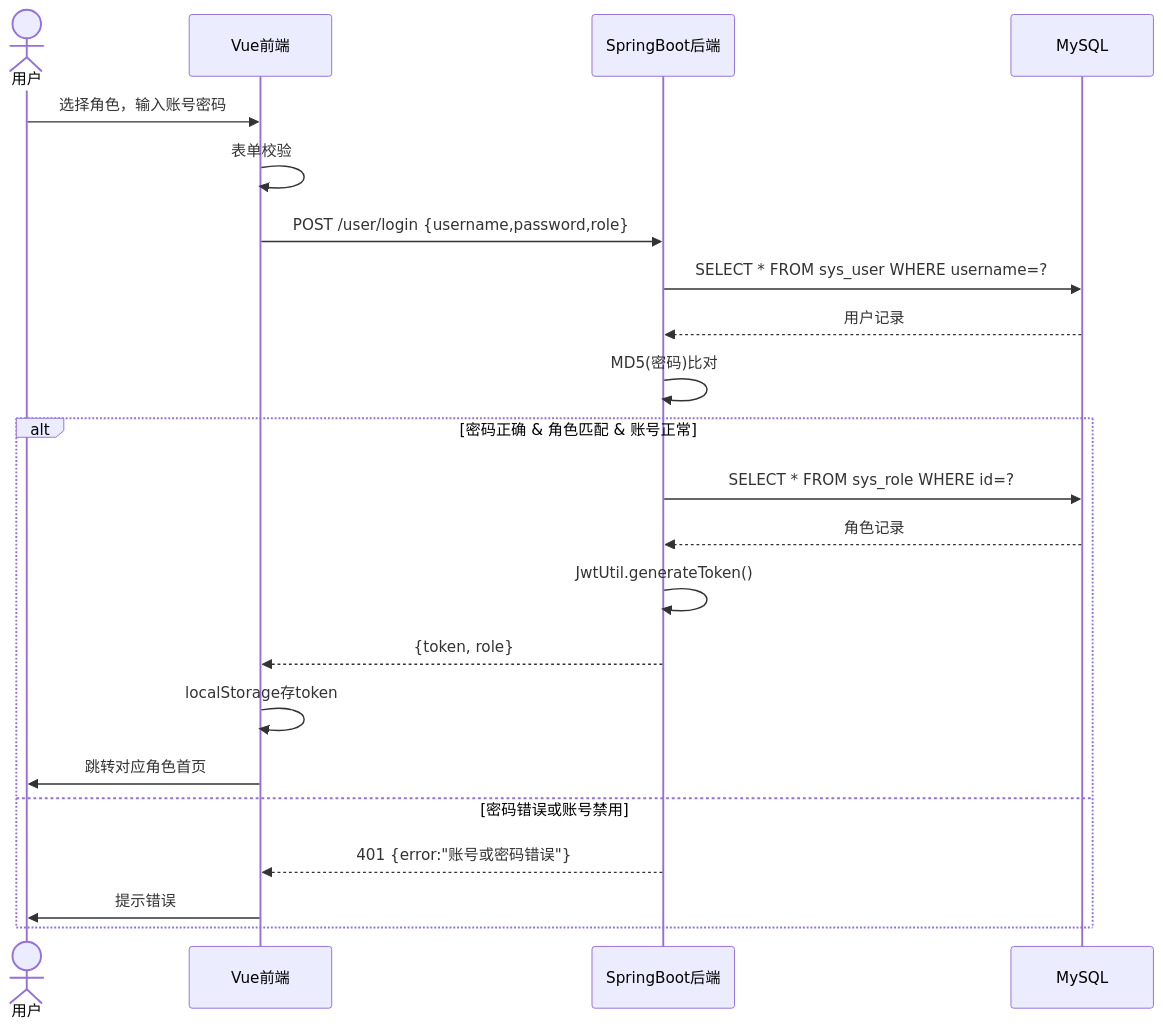
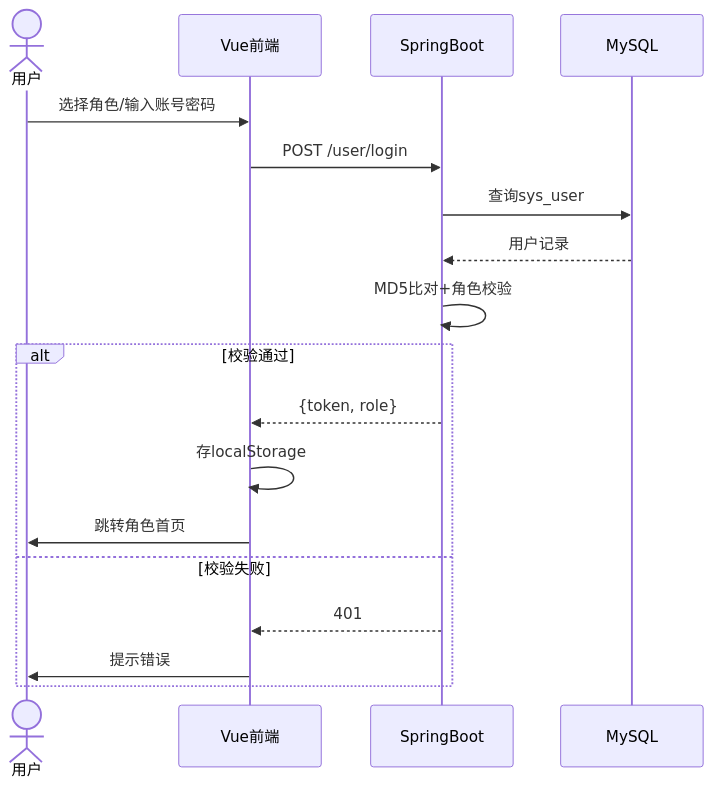
Before and after one commit to blossom-rt/kg-intelligent-tutoring-system: the second of 8 diagrams in docs/diagrams.md, drawn with Mermaid. The commit also changed other lines of this file, not shown here.

Commit message:
docs: 图表改为横向布局适配报告排版

````diff
--- a/docs/diagrams.md
+++ b/docs/diagrams.md
@@ -54,25 +29,21 @@
 ```mermaid
 sequenceDiagram
     actor U as 用户
     participant F as Vue前端
-    participant B as SpringBoot后端
+    participant B as SpringBoot
     participant D as MySQL
 
-    U->>F: 选择角色，输入账号密码
-    F->>F: 表单校验
-    F->>B: POST /user/login {username,password,role}
-    B->>D: SELECT * FROM sys_user WHERE username=?
+    U->>F: 选择角色/输入账号密码
+    F->>B: POST /user/login
+    B->>D: 查询sys_user
     D-->>B: 用户记录
-    B->>B: MD5(密码)比对
-    alt 密码正确 & 角色匹配 & 账号正常
-        B->>D: SELECT * FROM sys_role WHERE id=?
-        D-->>B: 角色记录
-        B->>B: JwtUtil.generateToken()
+    B->>B: MD5比对+角色校验
+    alt 校验通过
         B-->>F: {token, role}
-        F->>F: localStorage存token
-        F->>U: 跳转对应角色首页
-    else 密码错误或账号禁用
-        B-->>F: 401 {error:"账号或密码错误"}
+        F->>F: 存localStorage
+        F->>U: 跳转角色首页
+    else 校验失败
+        B-->>F: 401
         F->>U: 提示错误
     end
 ```
````
